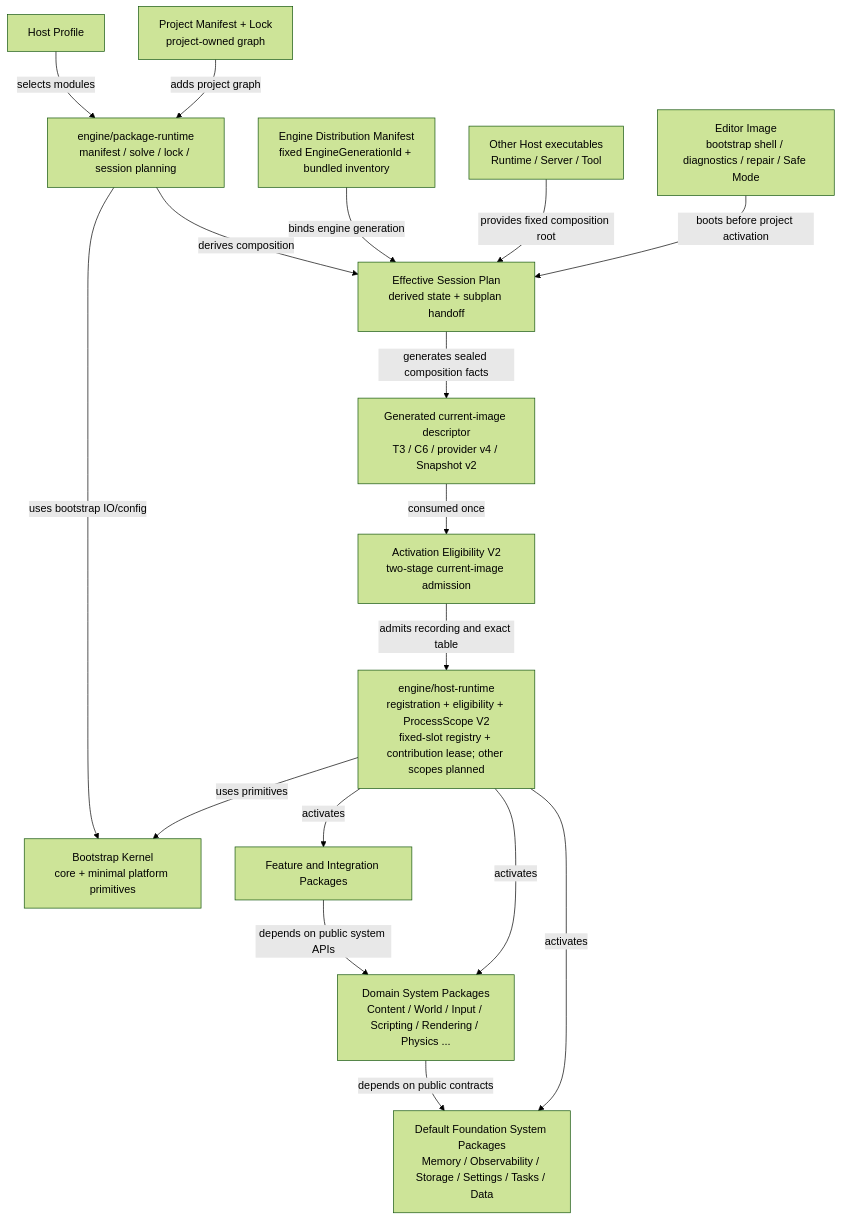
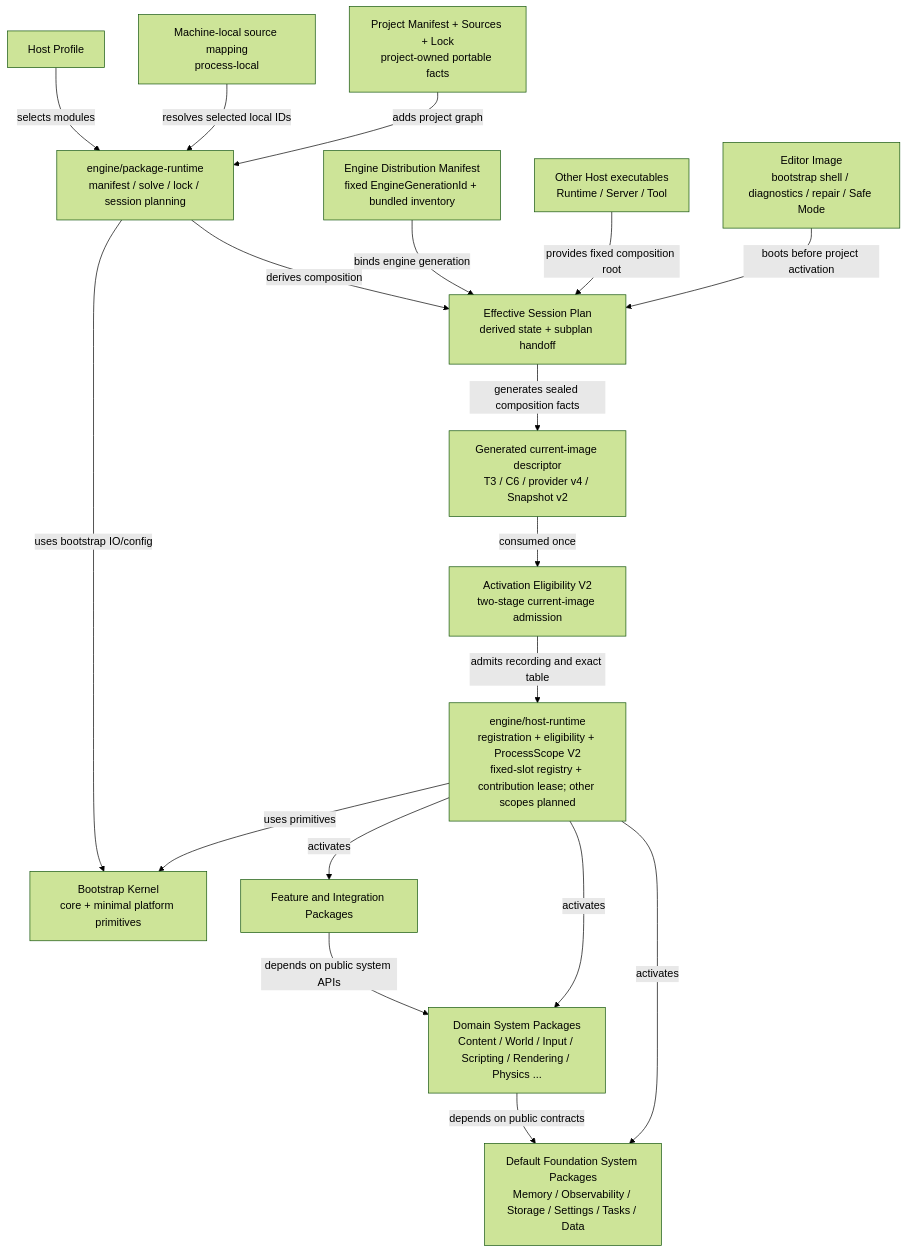
Before and after one commit to 66six11/Engine: the first of 4 diagrams in docs/architecture/foundation-framework.md, drawn with Mermaid (forest theme). The commit also changed other lines of this file and 12 other files, not shown here.

Commit message:
feat: derive project package source catalog

````diff
--- a/docs/architecture/foundation-framework.md
+++ b/docs/architecture/foundation-framework.md
@@ -42,34 +44,36 @@
 ```mermaid
 flowchart TB
     EditorImage["Editor Image\nbootstrap shell / diagnostics / repair / Safe Mode"]
     Apps["Other Host executables\nRuntime / Server / Tool"]
     Distribution["Engine Distribution Manifest\nfixed EngineGenerationId + bundled inventory"]
-    Project["Project Manifest + Lock\nproject-owned graph"]
+    Project["Project Manifest + Sources + Lock\nproject-owned portable facts"]
+    LocalSources["Machine-local source mapping\nprocess-local"]
     Profile["Host Profile"]
     Session["Effective Session Plan\nderived state + subplan handoff"]
     CurrentImage["Generated current-image descriptor\nT3 / C6 / provider v4 / Snapshot v2"]
     Eligibility["Activation Eligibility V2\ntwo-stage current-image admission"]
     Host["engine/host-runtime\nregistration + eligibility + ProcessScope V2\nfixed-slot registry + contribution lease; other scopes planned"]
     Package["engine/package-runtime\nmanifest / solve / lock / session planning"]
     Kernel["Bootstrap Kernel\ncore + minimal platform primitives"]
     Foundation["Default Foundation System Packages\nMemory / Observability / Storage / Settings / Tasks / Data"]
     Domain["Domain System Packages\nContent / World / Input / Scripting / Rendering / Physics ..."]
     Features["Feature and Integration Packages"]
 
     EditorImage -->|boots before project activation| Session
     Apps -->|provides fixed composition root| Session
     Distribution -->|binds engine generation| Session
     Project -->|adds project graph| Package
+    LocalSources -->|resolves selected local IDs| Package
     Profile -->|selects modules| Package
     Package -->|derives composition| Session
     Session -->|generates sealed composition facts| CurrentImage
     CurrentImage -->|consumed once| Eligibility
     Eligibility -->|admits recording and exact table| Host
     Host -->|uses primitives| Kernel
     Host -->|activates| Foundation
     Host -->|activates| Domain
     Host -->|activates| Features
     Package -->|uses bootstrap IO/config| Kernel
     Domain -->|depends on public contracts| Foundation
     Features -->|depends on public system APIs| Domain
 ```
````
